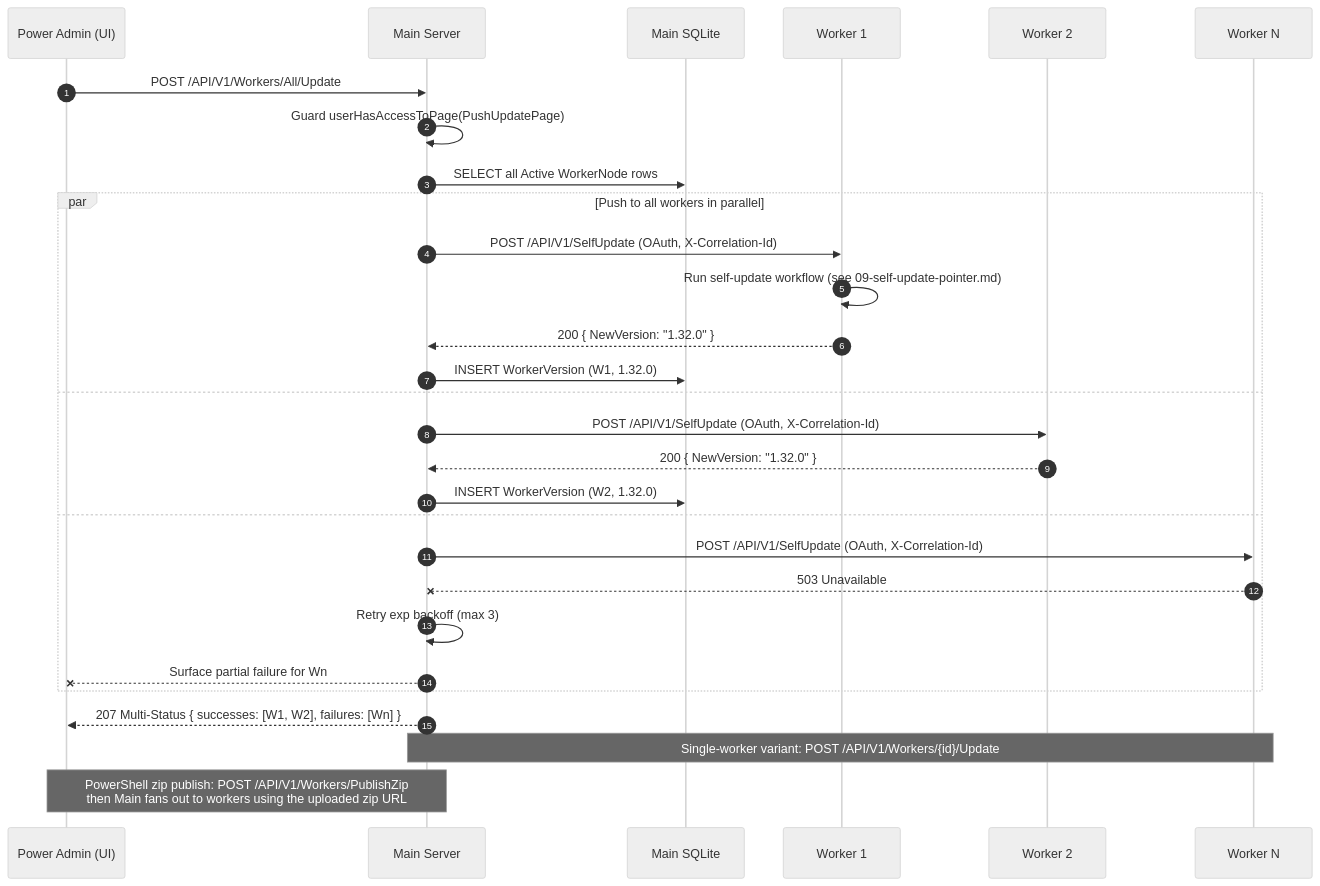
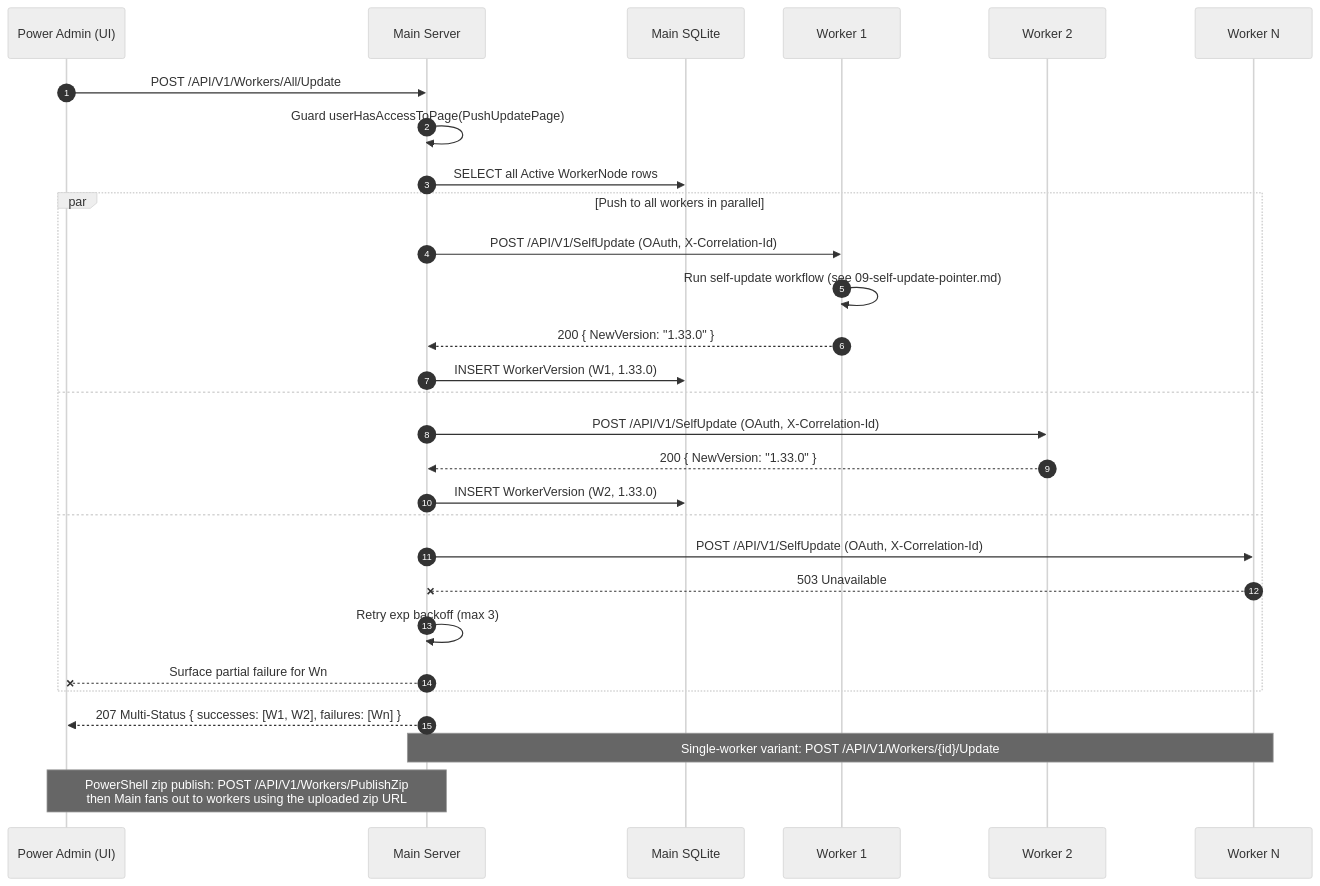
Before and after one commit to alimtvnetwork/prompt-architect-v2: the diagram in spec/19-main-worker-service/diagrams/seq-push-update.mmd, drawn with Mermaid (neutral theme). The commit also changed 13 other files, not shown here.

```diff
--- a/spec/19-main-worker-service/diagrams/seq-push-update.mmd
+++ b/spec/19-main-worker-service/diagrams/seq-push-update.mmd
@@ -1,43 +1,43 @@
 %% ==========================================================
 %% NON-AUTHORITATIVE PROJECTION
 %% ==========================================================
 %% Subject:        Power-Admin push-update fan-out
 %% Authoritative:  spec/14-update/28-worker-push-instruction.md + spec/19/15-tunable-constants.md
 %% Status:         Illustrative only. If this diagram disagrees
 %%                 with the authoritative spec(s) above, the
 %%                 spec wins and this file is the bug.
 %% Banner version: 1.0.0 (2026-05-04, audit fix #9)
 %% ==========================================================
 sequenceDiagram
     autonumber
     participant Admin as Power Admin (UI)
     participant Main as Main Server
     participant DB as Main SQLite
     participant W1 as Worker 1
     participant W2 as Worker 2
     participant Wn as Worker N
 
     Admin->>Main: POST /API/V1/Workers/All/Update
     Main->>Main: Guard userHasAccessToPage(PushUpdatePage)
     Main->>DB: SELECT all Active WorkerNode rows
 
     par Push to all workers in parallel
         Main->>W1: POST /API/V1/SelfUpdate (OAuth, X-Correlation-Id)
         W1->>W1: Run self-update workflow (see 09-self-update-pointer.md)
-        W1-->>Main: 200 { NewVersion: "1.32.0" }
-        Main->>DB: INSERT WorkerVersion (W1, 1.32.0)
+        W1-->>Main: 200 { NewVersion: "1.33.0" }
+        Main->>DB: INSERT WorkerVersion (W1, 1.33.0)
     and
         Main->>W2: POST /API/V1/SelfUpdate (OAuth, X-Correlation-Id)
-        W2-->>Main: 200 { NewVersion: "1.32.0" }
-        Main->>DB: INSERT WorkerVersion (W2, 1.32.0)
+        W2-->>Main: 200 { NewVersion: "1.33.0" }
+        Main->>DB: INSERT WorkerVersion (W2, 1.33.0)
     and
         Main->>Wn: POST /API/V1/SelfUpdate (OAuth, X-Correlation-Id)
         Wn--xMain: 503 Unavailable
         Main->>Main: Retry exp backoff (max 3)
         Main--xAdmin: Surface partial failure for Wn
     end
 
     Main-->>Admin: 207 Multi-Status { successes: [W1, W2], failures: [Wn] }
 
     Note over Main,Wn: Single-worker variant: POST /API/V1/Workers/{id}/Update
     Note over Admin,Main: PowerShell zip publish: POST /API/V1/Workers/PublishZip<br/>then Main fans out to workers using the uploaded zip URL
```
